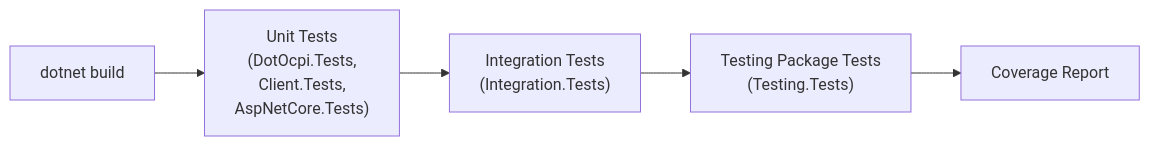
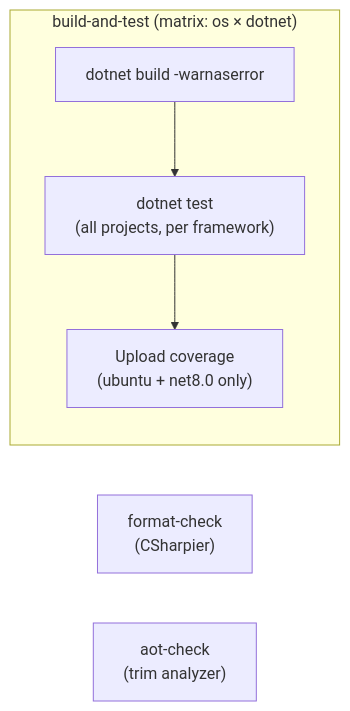
Before and after one commit to hannan-m/DotOcpi: the fourth of 4 diagrams in docs/testing.md, drawn with Mermaid. The commit also changed other lines of this file, not shown here.

First line of the commit message:
fix testing.md to match actual test structure and patterns

````diff
--- a/docs/testing.md
+++ b/docs/testing.md
@@ -941,7 +851,10 @@
 ```mermaid
 graph LR
-    Build["dotnet build"] --> Unit["Unit Tests<br/>(DotOcpi.Tests,<br/>Client.Tests,<br/>AspNetCore.Tests)"]
-    Unit --> Integration["Integration Tests<br/>(Integration.Tests)"]
-    Integration --> TestPkg["Testing Package Tests<br/>(Testing.Tests)"]
-    TestPkg --> Coverage["Coverage Report"]
+    subgraph "build-and-test (matrix: os × dotnet)"
+        Build["dotnet build -warnaserror"] --> Test["dotnet test<br/>(all projects, per framework)"]
+        Test --> Coverage["Upload coverage<br/>(ubuntu + net8.0 only)"]
+    end
+
+    FormatCheck["format-check<br/>(CSharpier)"]
+    AotCheck["aot-check<br/>(trim analyzer)"]
 ```
````
